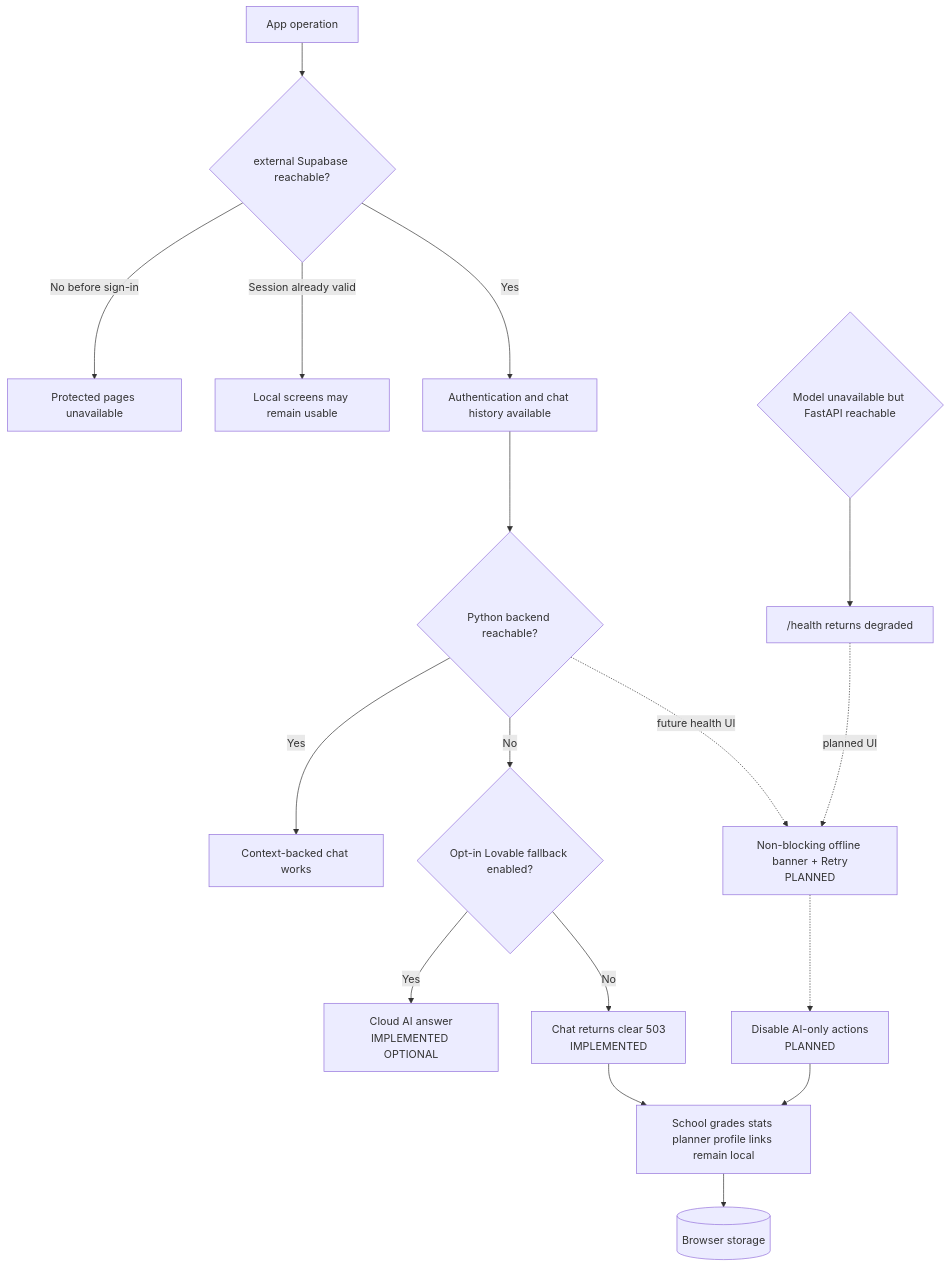
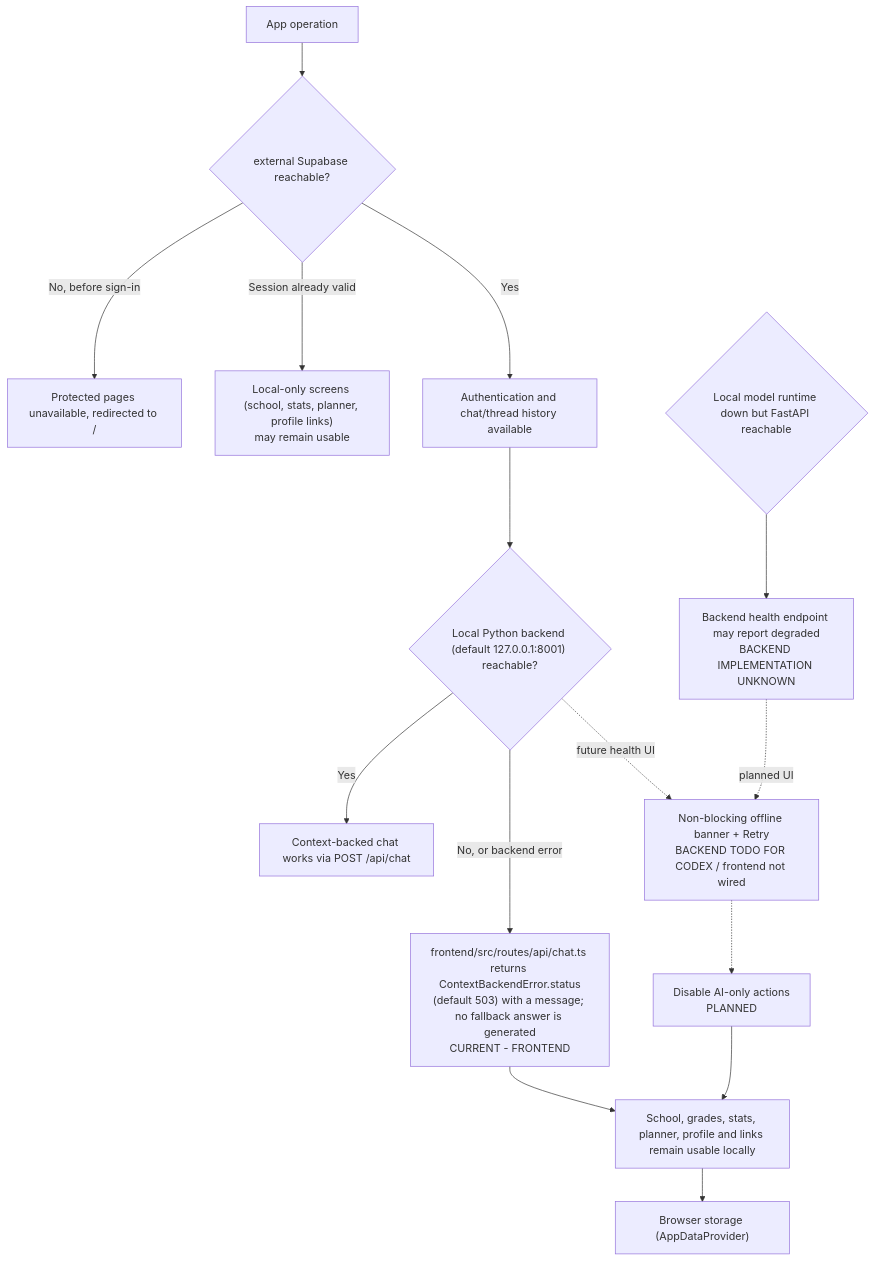
One commit to keyshavmor/study-swiss-star changed the diagram in docs/wireframes/15-offline-fallback.mmd. Above: the diagram before and after it, drawn with Mermaid. The commit also changed 91 other files, not shown here.

```diff
--- a/docs/wireframes/15-offline-fallback.mmd
+++ b/docs/wireframes/15-offline-fallback.mmd
@@ -1,17 +1,18 @@
+%% REWRITTEN: previous version documented an opt-in "Lovable AI Gateway" fallback that does
+%% not exist in current code. /api/chat now returns a plain error when the Python backend is
+%% unreachable or fails; there is no cloud-model fallback path today.
 flowchart TD
-  Start[App operation] --> Cloud{external Supabase reachable?}
-  Cloud -->|No before sign-in| AuthBlocked[Protected pages unavailable]
-  Cloud -->|Session already valid| LocalScreens[Local screens may remain usable]
-  Cloud -->|Yes| Gate[Authentication and chat history available]
-  Gate --> Python{Python backend reachable?}
-  Python -->|Yes| AI[Context-backed chat works]
-  Python -->|No| Fallback{Opt-in Lovable fallback enabled?}
-  Fallback -->|Yes| Gateway[Cloud AI answer\nIMPLEMENTED OPTIONAL]
-  Fallback -->|No| Error[Chat returns clear 503\nIMPLEMENTED]
-  Python -. future health UI .-> Banner[Non-blocking offline banner + Retry\nPLANNED]
-  Banner -.-> Disable[Disable AI-only actions\nPLANNED]
-  Error --> Continue[School grades stats planner profile links remain local]
+  Start["App operation"] --> Cloud{"external Supabase reachable?"}
+  Cloud -->|No, before sign-in| AuthBlocked["Protected pages unavailable, redirected to /"]
+  Cloud -->|Session already valid| LocalScreens["Local-only screens (school, stats, planner, profile links)<br/>may remain usable"]
+  Cloud -->|Yes| Gate["Authentication and chat/thread history available"]
+  Gate --> Python{"Local Python backend (default 127.0.0.1:8001) reachable?"}
+  Python -->|Yes| AI["Context-backed chat works via POST /api/chat"]
+  Python -->|No, or backend error| Error["frontend/src/routes/api/chat.ts returns ContextBackendError.status<br/>(default 503) with a message; no fallback answer is generated<br/>CURRENT - FRONTEND"]
+  Python -. future health UI .-> Banner["Non-blocking offline banner + Retry<br/>BACKEND TODO FOR CODEX / frontend not wired"]
+  Banner -.-> Disable["Disable AI-only actions<br/>PLANNED"]
+  Error --> Continue["School, grades, stats, planner, profile and links remain usable locally"]
   Disable --> Continue
-  Continue --> Store[(Browser storage)]
-  ModelDown{Model unavailable but FastAPI reachable} --> Degraded["/health returns degraded"]
+  Continue --> Store["Browser storage (AppDataProvider)"]
+  ModelDown{"Local model runtime down but FastAPI reachable"} --> Degraded["Backend health endpoint may report degraded<br/>BACKEND IMPLEMENTATION UNKNOWN"]
   Degraded -. planned UI .-> Banner
```
